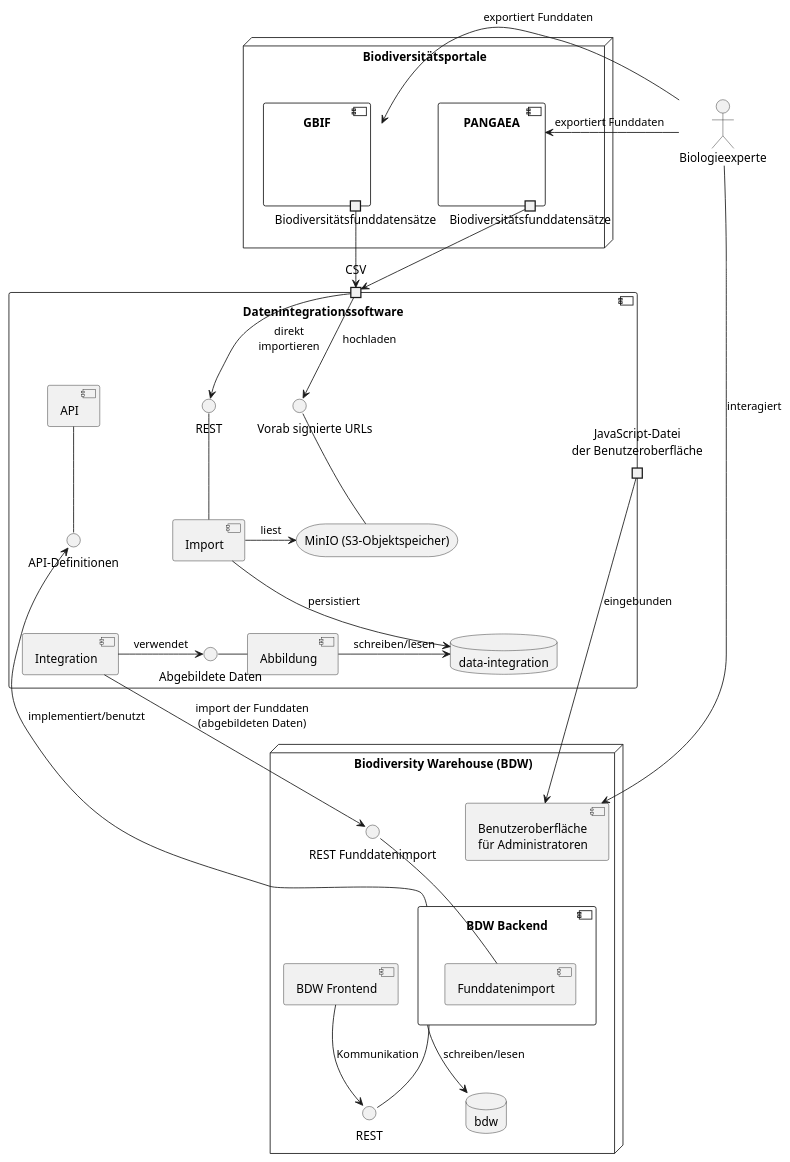
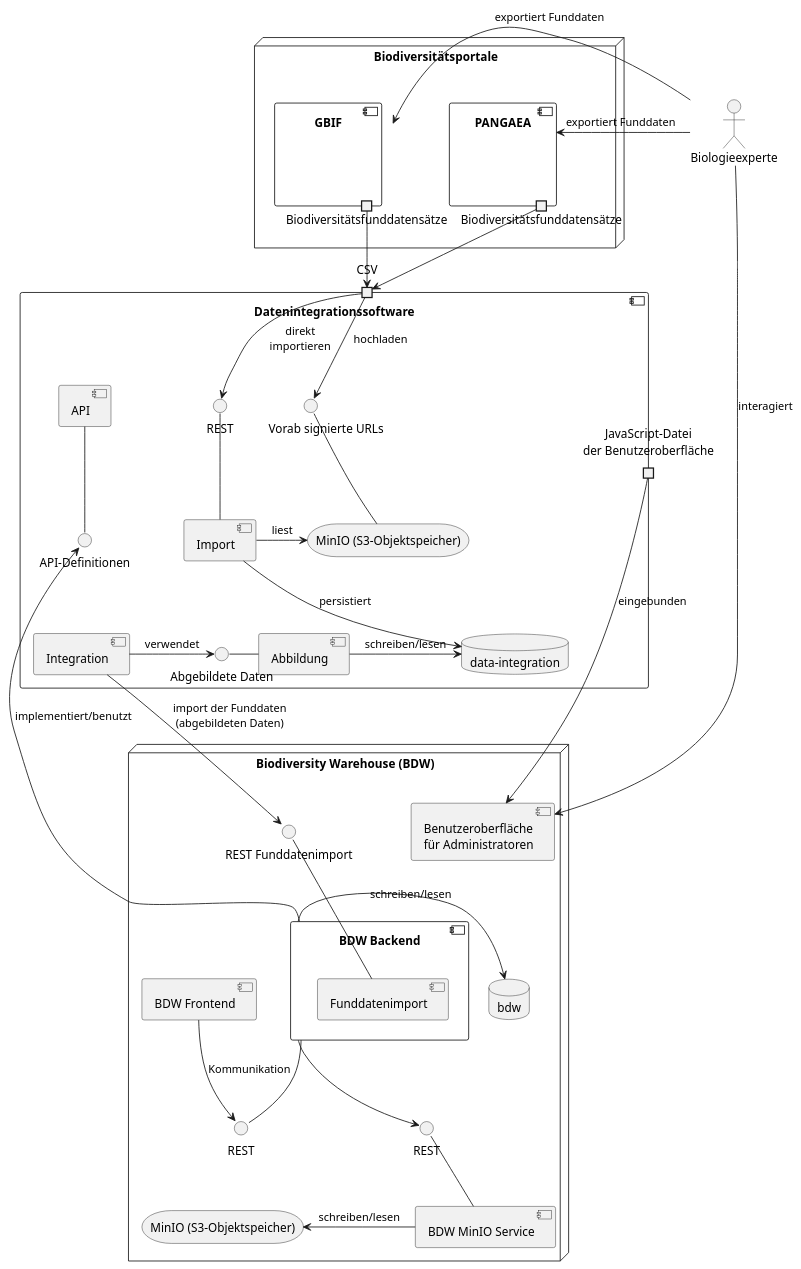
Before and after one commit to TuncerCatalkaya/data-integration: the diagram in data-integration-documentation/src/main/images/design/architecture/architecture.puml, drawn with PlantUML. The commit also changed 15 other files, not shown here.

Commit message:
diagrams

```diff
--- a/data-integration-documentation/src/main/images/design/architecture/architecture.puml
+++ b/data-integration-documentation/src/main/images/design/architecture/architecture.puml
@@ -1,82 +1,91 @@
 @startuml
 
 actor "Biologieexperte" as biologe
 
 node "Biodiversitätsportale" {
     component "GBIF" as gbif {
         portout "Biodiversitätsfunddatensätze" as gbifExportPort
     }
 
     component "PANGAEA" as pangaea {
         portout "Biodiversitätsfunddatensätze" as pangaeaExportPort
     }
 }
 
 component "Datenintegrationssoftware" {
     portin "CSV" as csv
 
     storage "MinIO (S3-Objektspeicher)" as s3
     interface "          Vorab signierte URLs" as s3Interface
     s3Interface -- s3
 
     component "Import" as import
     interface REST as importRest
     importRest -- import
 
     component "Abbildung" as abbildung
     interface "Abgebildete Daten" as abbildungInterface
     abbildungInterface - abbildung
 
     component "Integration" as integration
     portout "JavaScript-Datei\nder Benutzeroberfläche" as javascriptDatei
 
     component "API" as api
     interface "API-Definitionen" as apiInterface
     api -- apiInterface
 
     database "data-integration" as datenbank
 }
 
 gbifExportPort --> csv
 pangaeaExportPort --> csv
 csv --> s3Interface: hochladen
 csv -> importRest: direkt\nimportieren
 
 import -> s3: liest
 import --> datenbank: persistiert
 
 abbildung -> datenbank: schreiben/lesen
 
 integration -> abbildungInterface: verwendet
 
 node "Biodiversity Warehouse (BDW)" {
 
     component "Benutzeroberfläche\nfür Administratoren" as adminUI
 
     component "BDW Backend" as backend {
         component Funddatenimport as funddatenImport
     }
     interface "REST Funddatenimport" as restDatenintegration
     interface "REST" as rest
     restDatenintegration -- funddatenImport
     backend -- rest
 
     component "BDW Frontend" as frontend
 
     database "bdw" as bdwDatenbank
 
+    component "BDW MinIO Service" as bdwMinioService
+    interface "REST" as minioInterface
+    minioInterface -- bdwMinioService
+
+    storage "MinIO (S3-Objektspeicher)" as s3Bdw
+
 }
 
-backend --> bdwDatenbank: schreiben/lesen
+backend --> minioInterface
+s3Bdw <- bdwMinioService: schreiben/lesen
+
+backend -> bdwDatenbank: schreiben/lesen
 apiInterface <-- backend: implementiert/benutzt
 
 integration --> restDatenintegration: import der Funddaten\n(abgebildeten Daten)
 frontend --> rest: Kommunikation
 
 javascriptDatei -> adminUI: eingebunden
 
 biologe -> adminUI: interagiert
 biologe -> gbif: exportiert Funddaten
 biologe -> pangaea: exportiert Funddaten
 
 @enduml
```
